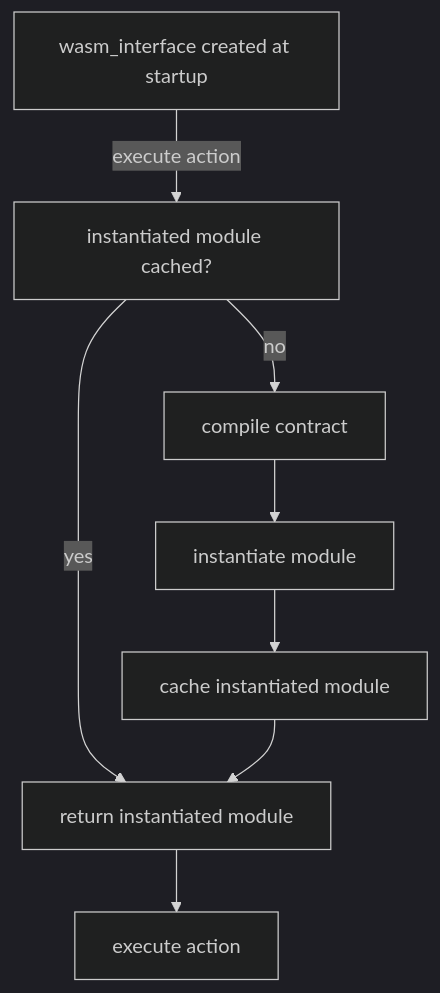
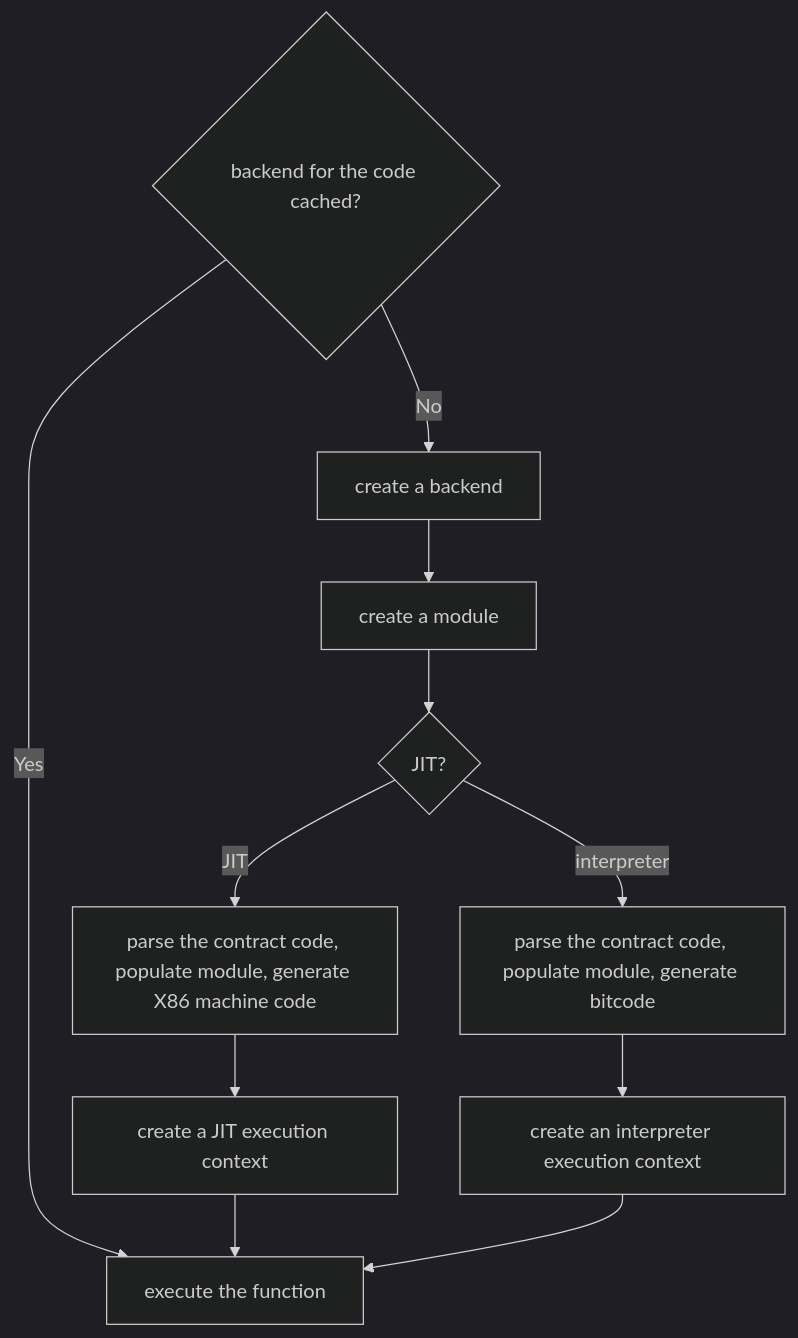
Before and after one commit to eosnetworkfoundation/product: the fourth of 9 diagrams in transactions/read-only/memory.md, drawn with Mermaid (dark theme). The commit also changed other lines of this file, not shown here.

````diff
--- a/transactions/read-only/memory.md
+++ b/transactions/read-only/memory.md
@@ -13,10 +81,14 @@
 ```mermaid
 flowchart TD
-    A[wasm_interface created at startup] -->|execute action| B[instantiated module cached?]
-    B -->|yes| F[return instantiated module]
-    B -->|no| C[compile contract]
-    C --> D[instantiate module]
-    D --> E[cache instantiated module]
-    E --> F
-    F --> G[execute action]
+    isBackendCached{backend for the code cached?} -->|No| backend
+    isBackendCached -->|Yes| exec
+    backend[create a backend] --> module
+    module[create a module] --> isjit
+    isjit{JIT?} -->|JIT| jitParse
+    isjit -->|interpreter| intParse
+    jitParse[parse the contract code, populate module, generate X86 machine code] --> jitCtx
+    intParse[parse the contract code, populate module, generate bitcode] --> intCtx
+    jitCtx[create a JIT execution context] --> exec
+    intCtx[create an interpreter execution context] --> exec
+    exec[execute the function]
 ```
````
